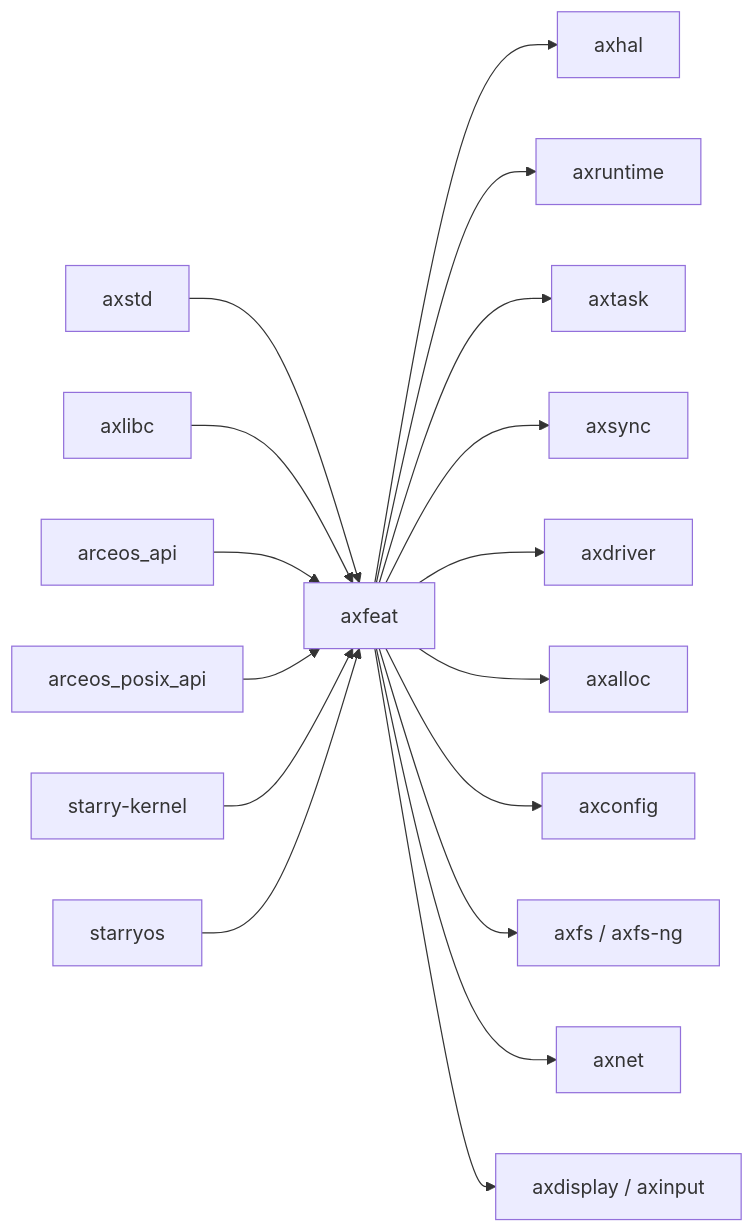
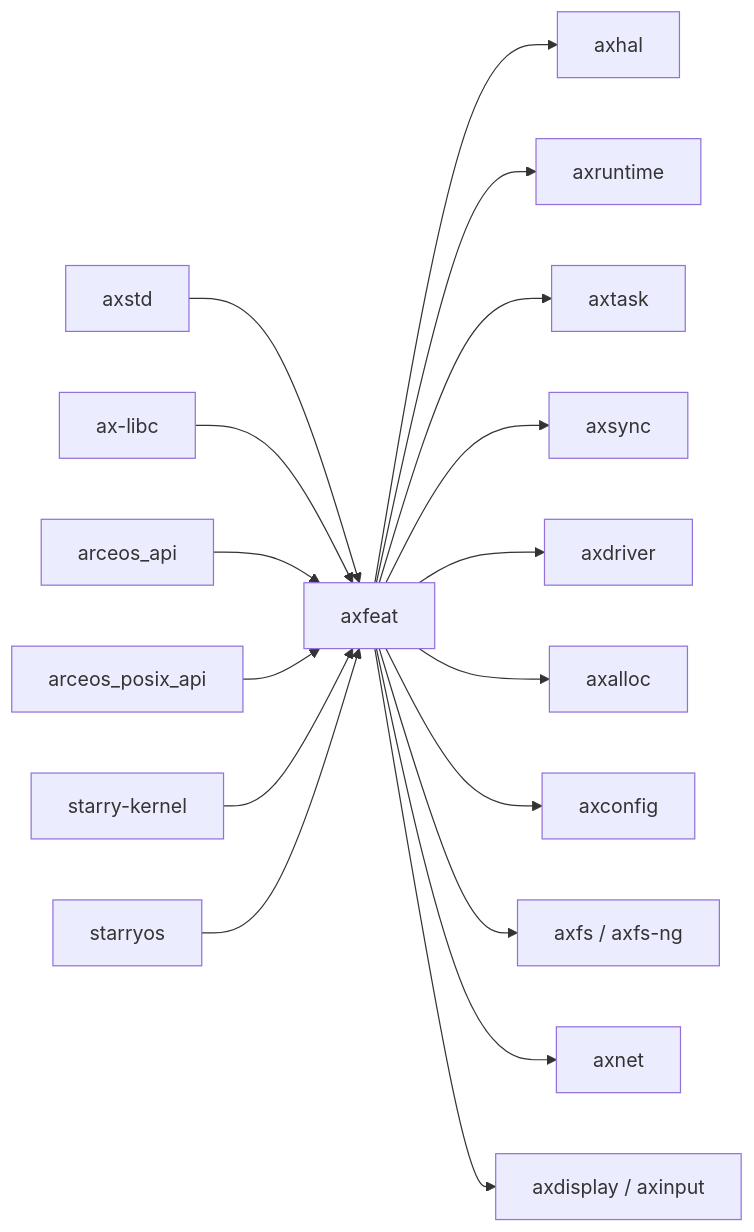
Before and after one commit to zKurisu/tgoskits: the second of 2 diagrams in docs/crates/axfeat.md, drawn with Mermaid. The commit also changed other lines of this file and 45 other files, not shown here.

Commit message:
rename axlibc to ax-libc and complete doc migration

````diff
--- a/docs/crates/axfeat.md
+++ b/docs/crates/axfeat.md
@@ -95,20 +95,20 @@
 ```mermaid
 graph LR
     axstd["axstd"] --> axfeat["axfeat"]
-    axlibc["axlibc"] --> axfeat
+    ax-libc["ax-libc"] --> axfeat
     arceos_api["arceos_api"] --> axfeat
     posix["arceos_posix_api"] --> axfeat
     starry_kernel["starry-kernel"] --> axfeat
     starryos["starryos"] --> axfeat
 
     axfeat --> axhal["axhal"]
     axfeat --> axruntime["axruntime"]
     axfeat --> axtask["axtask"]
     axfeat --> axsync["axsync"]
     axfeat --> axdriver["axdriver"]
     axfeat --> axalloc["axalloc"]
     axfeat --> axconfig["axconfig"]
     axfeat --> axfs["axfs / axfs-ng"]
     axfeat --> axnet["axnet"]
     axfeat --> axdisplay["axdisplay / axinput"]
 ```
````
